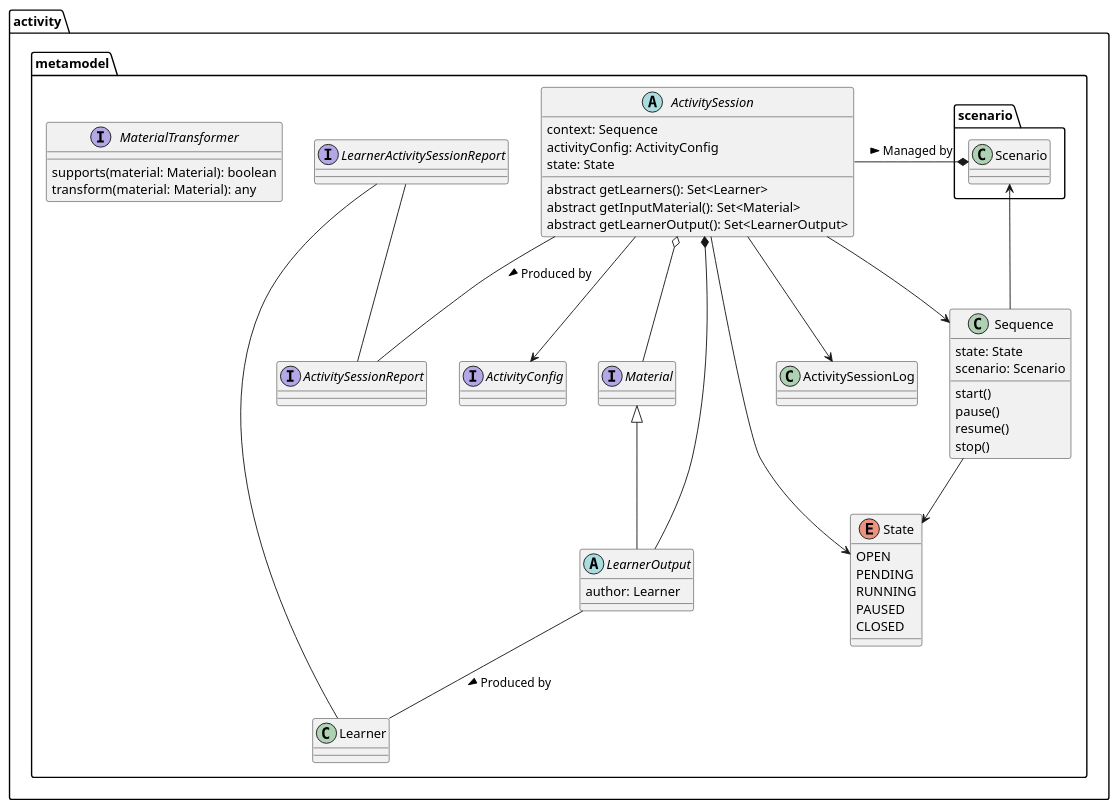
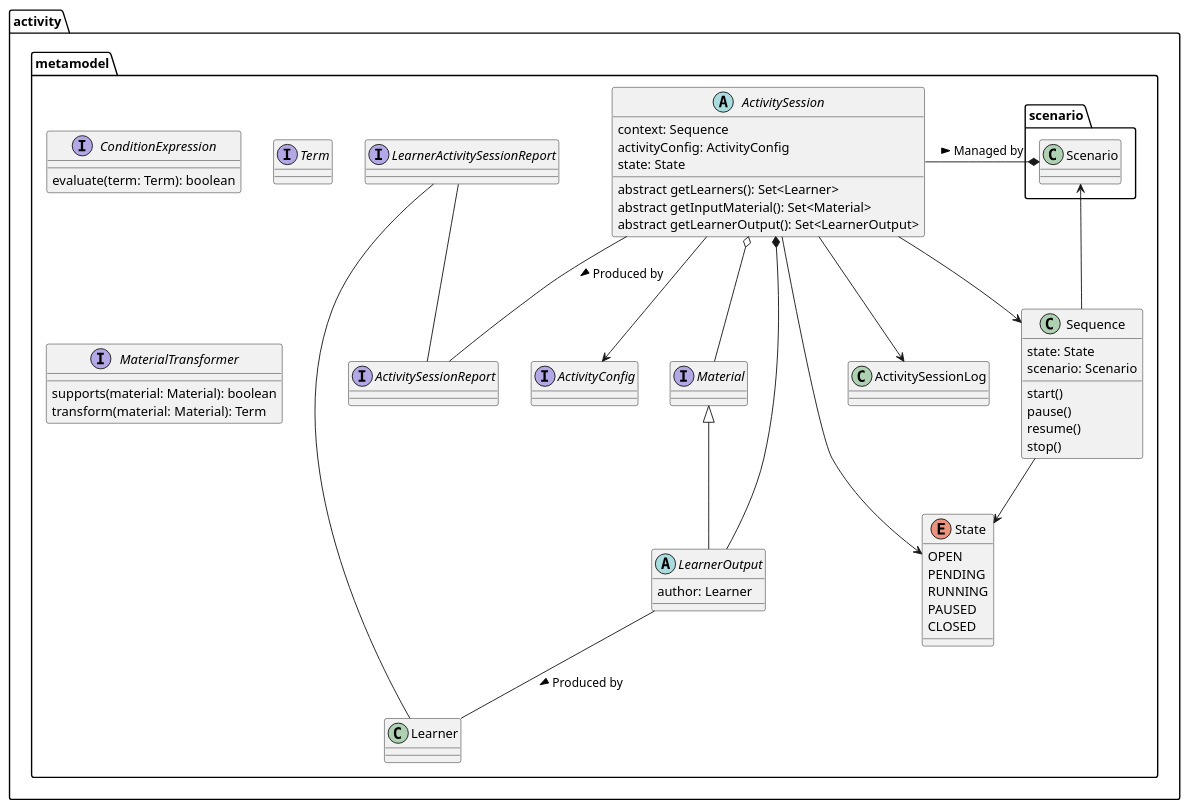
The diagram in docs/technical/uml/activity-metamodel.puml (elaastic/ElaastiX), drawn with PlantUML before and after one commit.

Commit message:
doc(model): Introduce Term and ConditionExpression

```diff
--- a/docs/technical/uml/activity-metamodel.puml
+++ b/docs/technical/uml/activity-metamodel.puml
@@ -1,68 +1,74 @@
 @startuml
 'https://plantuml.com/class-diagram
 
 package activity.metamodel {
     class  Sequence {
         state: State
         scenario: Scenario
         start()
         pause()
         resume()
         stop()
     }
 
     enum State {
         OPEN
         PENDING
         RUNNING
         PAUSED
         CLOSED
     }
 
     Sequence --> State
     Sequence --> scenario.Scenario
 
     Scenario *- ActivitySession : Managed by <
 
     abstract class ActivitySession {
         context: Sequence
         activityConfig: ActivityConfig
         state: State
         abstract getLearners(): Set<Learner>
         abstract getInputMaterial(): Set<Material>
         abstract getLearnerOutput(): Set<LearnerOutput>
     }
 
     class ActivitySessionLog
 
     ActivitySession --> Sequence
     ActivitySession -- ActivitySessionReport : Produced by >
     ActivitySession --> State
     ActivitySession --> ActivitySessionLog
     ActivitySession --> ActivityConfig
     ActivitySession *-- LearnerOutput
     ActivitySession o-- Material
 
     interface ActivitySessionReport
     interface LearnerActivitySessionReport
 
     LearnerActivitySessionReport -- Learner
     LearnerActivitySessionReport -- ActivitySessionReport
 
     interface ActivityConfig
 
     interface Material
 
     abstract class LearnerOutput extends Material {
         author: Learner
     }
 
     LearnerOutput -- Learner : Produced by >
 
+    interface ConditionExpression {
+        evaluate(term: Term): boolean
+    }
+
+    interface Term
+
     interface MaterialTransformer {
         supports(material: Material): boolean
-        transform(material: Material): any
+        transform(material: Material): Term
     }
 
 }
 @enduml
```
